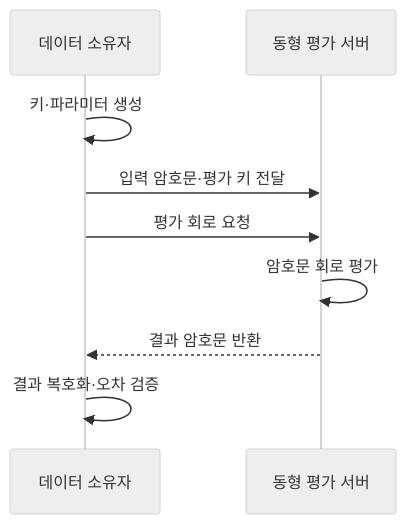
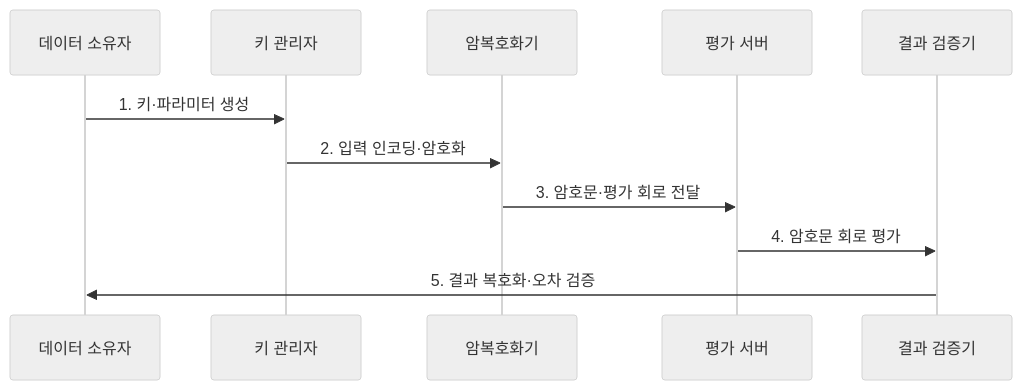
One commit to agnusdei1207/knowledge-base changed the second of 2 diagrams in src/content/docs/notes/05-security/015_homomorphic_encryption.md. Above: the diagram before and after it, drawn with Mermaid (neutral theme). The commit also changed other lines of this file and 22 other files, not shown here.

````diff
--- a/src/content/docs/notes/05-security/015_homomorphic_encryption.md
+++ b/src/content/docs/notes/05-security/015_homomorphic_encryption.md
@@ -95,11 +89,13 @@
 ```mermaid
 sequenceDiagram
     participant O as 데이터 소유자
-    participant E as 동형 평가 서버
-    O->>O: 키·파라미터 생성
-    O->>E: 입력 암호문·평가 키 전달
-    O->>E: 평가 회로 요청
-    E->>E: 암호문 회로 평가
-    E-->>O: 결과 암호문 반환
-    O->>O: 결과 복호화·오차 검증
+    participant K as 키 관리자
+    participant C as 암복호화기
+    participant E as 평가 서버
+    participant V as 결과 검증기
+    O->>K: 1. 키·파라미터 생성
+    K->>C: 2. 입력 인코딩·암호화
+    C->>E: 3. 암호문·평가 회로 전달
+    E->>V: 4. 암호문 회로 평가
+    V->>O: 5. 결과 복호화·오차 검증
 ```
````
